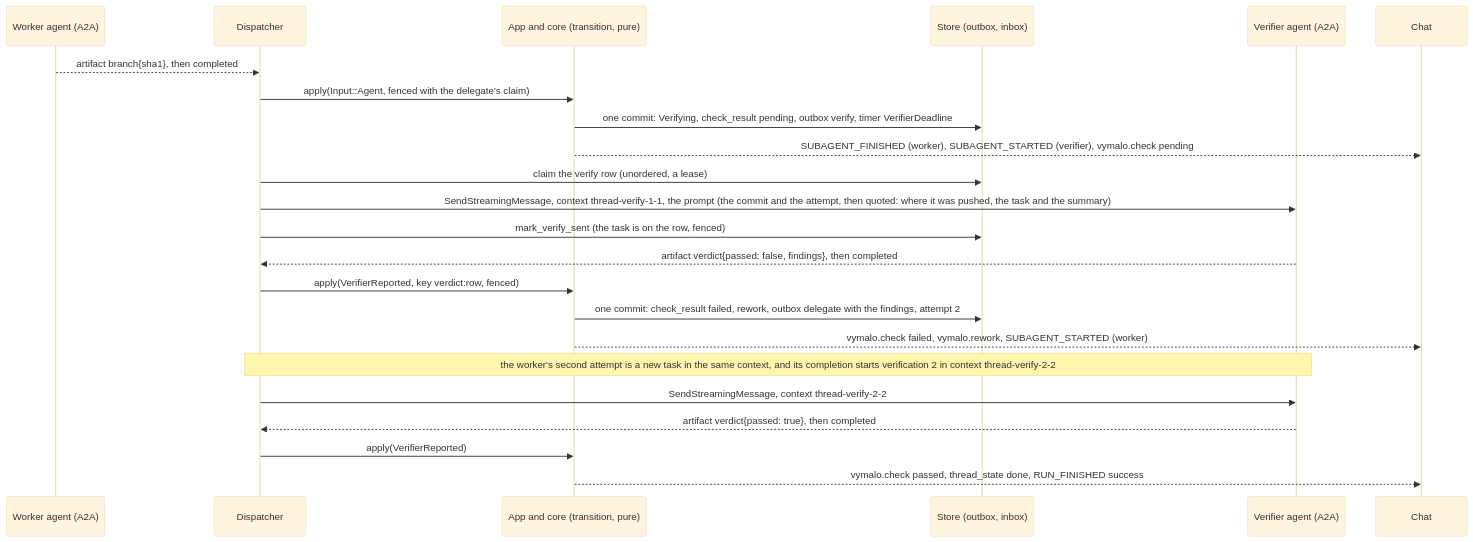
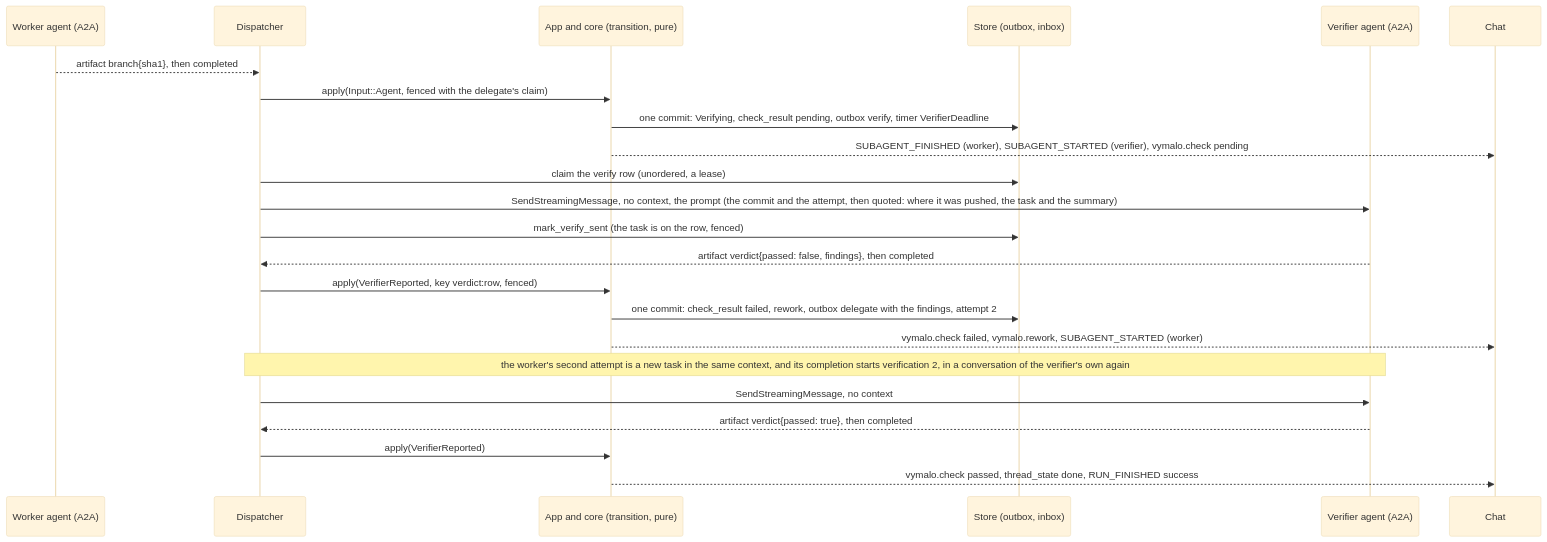
Diagram 22 of 44 in docs/orchestrator.md (vymalo/another-agentic-system), drawn with Mermaid (base theme) before and after one commit. The commit also changed other lines of this file and 145 other files, not shown here.

````diff
--- a/docs/orchestrator.md
+++ b/docs/orchestrator.md
@@ -1256,25 +1264,25 @@
 ```mermaid
 sequenceDiagram
   participant W as Worker agent (A2A)
   participant D as Dispatcher
   participant O as App and core (transition, pure)
   participant S as Store (outbox, inbox)
   participant V as Verifier agent (A2A)
   participant U as Chat
   W-->>D: artifact branch{sha1}, then completed
   D->>O: apply(Input::Agent, fenced with the delegate's claim)
   O->>S: one commit: Verifying, check_result pending, outbox verify, timer VerifierDeadline
   O-->>U: SUBAGENT_FINISHED (worker), SUBAGENT_STARTED (verifier), vymalo.check pending
   D->>S: claim the verify row (unordered, a lease)
-  D->>V: SendStreamingMessage, context thread-verify-1-1, the prompt (the commit and the attempt, then quoted: where it was pushed, the task and the summary)
+  D->>V: SendStreamingMessage, no context, the prompt (the commit and the attempt, then quoted: where it was pushed, the task and the summary)
   D->>S: mark_verify_sent (the task is on the row, fenced)
   V-->>D: artifact verdict{passed: false, findings}, then completed
   D->>O: apply(VerifierReported, key verdict:row, fenced)
   O->>S: one commit: check_result failed, rework, outbox delegate with the findings, attempt 2
   O-->>U: vymalo.check failed, vymalo.rework, SUBAGENT_STARTED (worker)
-  Note over D,V: the worker's second attempt is a new task in the same context, and its completion starts verification 2 in context thread-verify-2-2
-  D->>V: SendStreamingMessage, context thread-verify-2-2
+  Note over D,V: the worker's second attempt is a new task in the same context, and its completion starts verification 2, in a conversation of the verifier's own again
+  D->>V: SendStreamingMessage, no context
   V-->>D: artifact verdict{passed: true}, then completed
   D->>O: apply(VerifierReported)
   O-->>U: vymalo.check passed, thread_state done, RUN_FINISHED success
 ```
````
